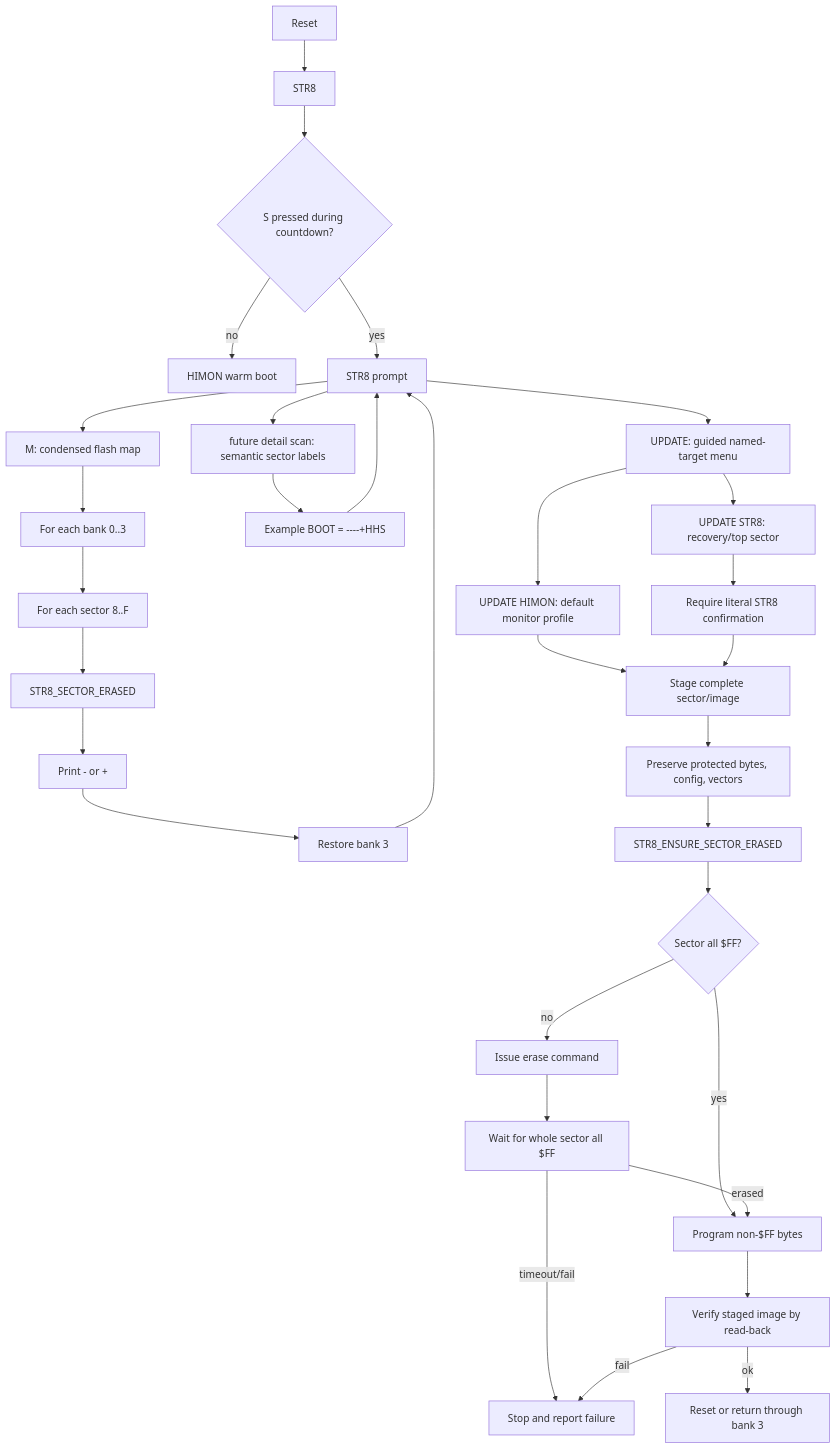
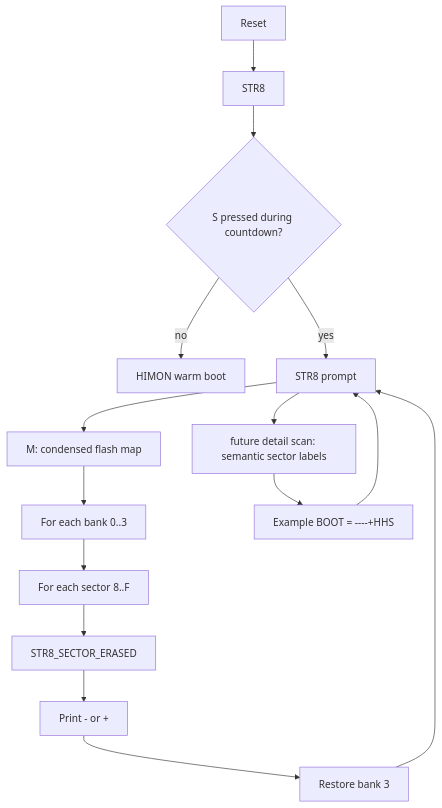
The first of 3 diagrams in DOC/GUIDES/STR8/STR8_FLASH_UPDATE_PROPOSAL.md (95westus/R-YORS), drawn with Mermaid before and after one commit. The commit also changed 59 other files, not shown here.

First line of the commit message:
STR8: add hardware-proven J0-J2 opaque-bank handoff

````diff
--- a/DOC/GUIDES/STR8/STR8_FLASH_UPDATE_PROPOSAL.md
+++ b/DOC/GUIDES/STR8/STR8_FLASH_UPDATE_PROPOSAL.md
@@ -423,37 +425,17 @@
 ```mermaid
 flowchart TD
     RESET["Reset"] --> STR8["STR8"]
     STR8 --> BOOT{"S pressed during countdown?"}
     BOOT -->|no| HIMON["HIMON warm boot"]
     BOOT -->|yes| PROMPT["STR8 prompt"]
-
     PROMPT --> M["M: condensed flash map"]
     M --> SCAN_BANK["For each bank 0..3"]
     SCAN_BANK --> SCAN_SECTOR["For each sector 8..F"]
     SCAN_SECTOR --> SECTOR_ERASED["STR8_SECTOR_ERASED"]
     SECTOR_ERASED --> REPORT["Print - or +"]
     REPORT --> RESTORE_B3["Restore bank 3"]
     RESTORE_B3 --> PROMPT
     PROMPT --> DETAIL["future detail scan: semantic sector labels"]
     DETAIL --> SEMANTIC["Example BOOT = ----+HHS"]
     SEMANTIC --> PROMPT
-
-    PROMPT --> UPD["UPDATE: guided named-target menu"]
-    UPD --> UH["UPDATE HIMON: default monitor profile"]
-    UPD --> US["UPDATE STR8: recovery/top sector"]
-    US --> CONFIRM["Require literal STR8 confirmation"]
-    UH --> STAGE["Stage complete sector/image"]
-    CONFIRM --> STAGE
-
-    STAGE --> PRESERVE["Preserve protected bytes, config, vectors"]
-    PRESERVE --> ENSURE["STR8_ENSURE_SECTOR_ERASED"]
-    ENSURE --> ALREADY{"Sector all $FF?"}
-    ALREADY -->|yes| PROGRAM["Program non-$FF bytes"]
-    ALREADY -->|no| ERASE["Issue erase command"]
-    ERASE --> WAIT["Wait for whole sector all $FF"]
-    WAIT -->|timeout/fail| STOP["Stop and report failure"]
-    WAIT -->|erased| PROGRAM
-    PROGRAM --> VERIFY["Verify staged image by read-back"]
-    VERIFY -->|fail| STOP
-    VERIFY -->|ok| RESET2["Reset or return through bank 3"]
 ```
````
